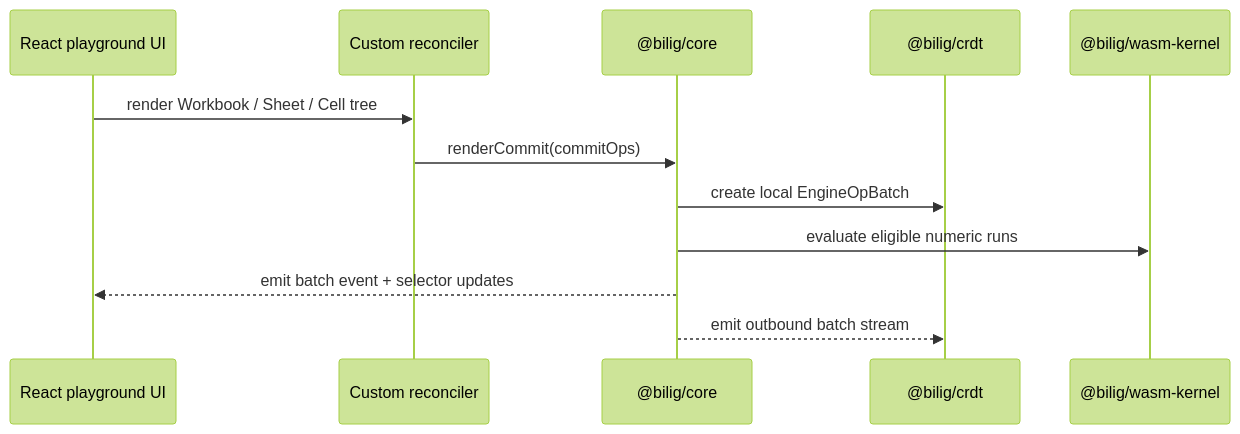
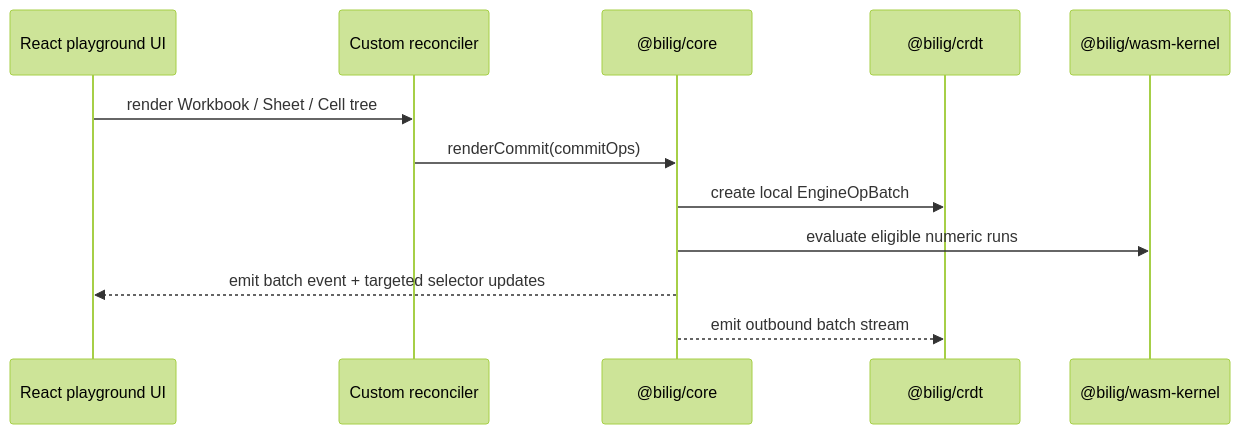
The second of 2 diagrams in docs/architecture.md (proompteng/bilig), drawn with Mermaid (forest theme) before and after one commit. The commit also changed other lines of this file and 9 other files, not shown here.

````diff
--- a/docs/architecture.md
+++ b/docs/architecture.md
@@ -39,15 +39,15 @@
 ```mermaid
 sequenceDiagram
   participant UI as React playground UI
   participant REC as Custom reconciler
   participant CORE as @bilig/core
   participant CRDT as @bilig/crdt
   participant WASM as @bilig/wasm-kernel
 
   UI->>REC: render Workbook / Sheet / Cell tree
   REC->>CORE: renderCommit(commitOps)
   CORE->>CRDT: create local EngineOpBatch
   CORE->>WASM: evaluate eligible numeric runs
-  CORE-->>UI: emit batch event + selector updates
+  CORE-->>UI: emit batch event + targeted selector updates
   CORE-->>CRDT: emit outbound batch stream
 ```
````
